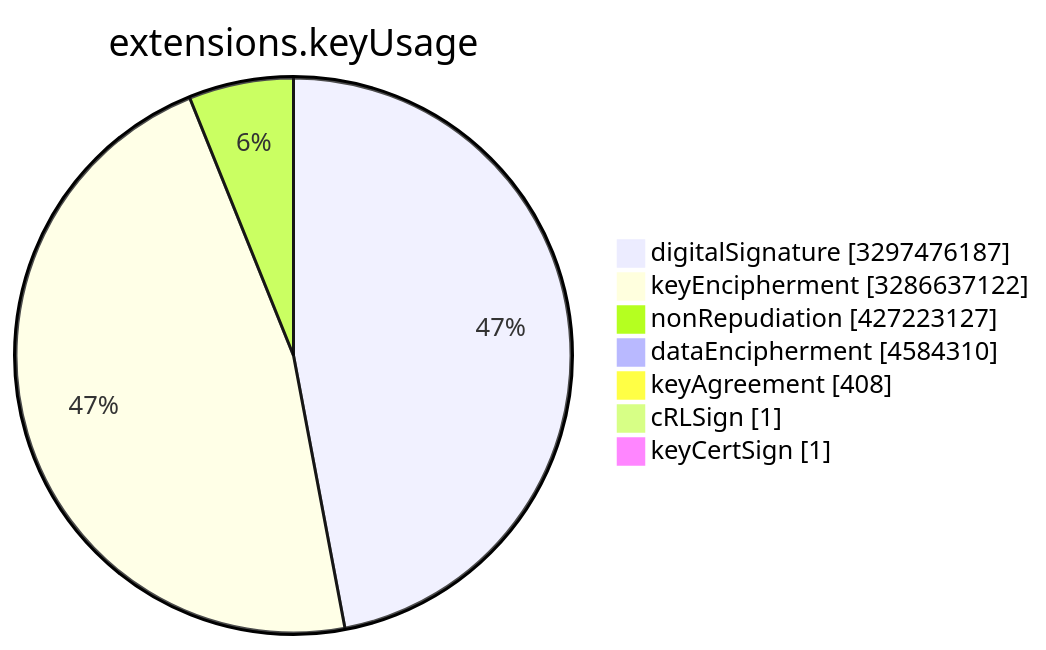
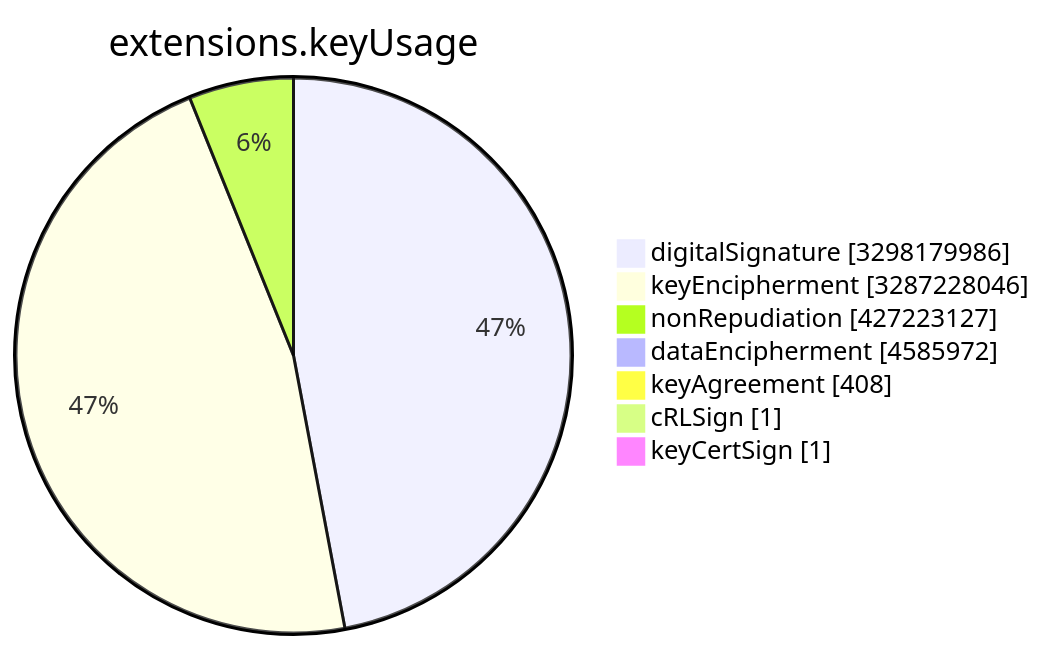
The sixth of 15 diagrams in TOTAL/README.md (christiankrug/ctmonitor_visualization), drawn with Mermaid before and after one commit. The commit also changed other lines of this file, not shown here.

````diff
--- a/TOTAL/README.md
+++ b/TOTAL/README.md
@@ -3078,11 +3078,11 @@
 ```mermaid
 pie showData
 title extensions.keyUsage
-"digitalSignature" :3297476187
-"keyEncipherment" :3286637122
+"digitalSignature" :3298179986
+"keyEncipherment" :3287228046
 "nonRepudiation" :427223127
-"dataEncipherment" :4584310
+"dataEncipherment" :4585972
 "keyAgreement" :408
 "cRLSign" :1
 "keyCertSign" :1
 ```
````
